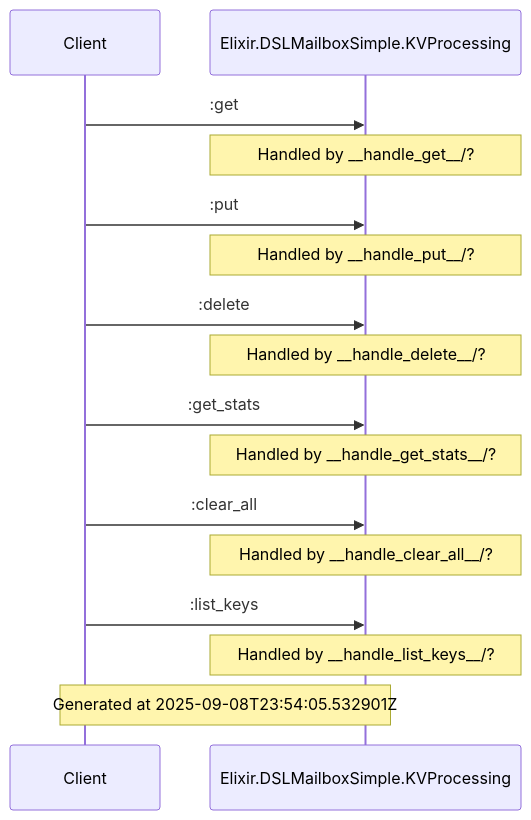
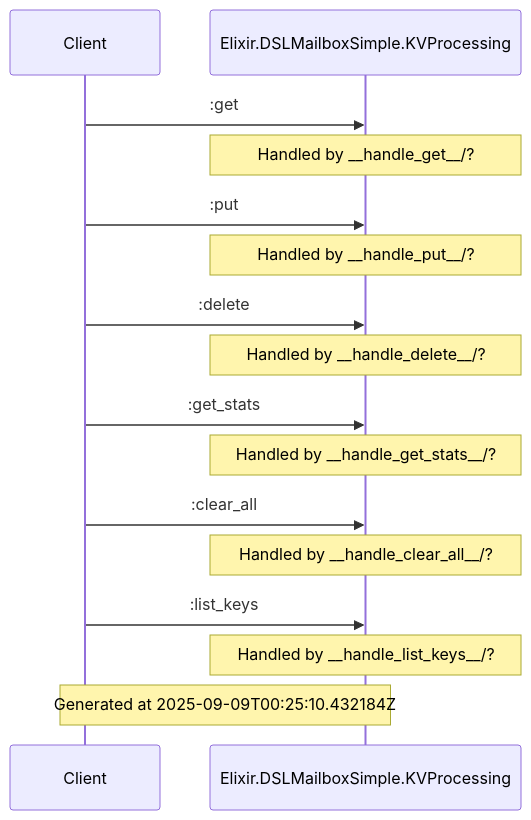
The diagram in docs/diagrams/Elixir.DSLMailboxSimple.KVProcessing.md (anoma/engine), drawn with Mermaid before and after one commit. The commit also changed other lines of this file and 27 other files, not shown here.

````diff
--- a/docs/diagrams/Elixir.DSLMailboxSimple.KVProcessing.md
+++ b/docs/diagrams/Elixir.DSLMailboxSimple.KVProcessing.md
@@ -5,20 +5,20 @@
 ```mermaid
 sequenceDiagram
     participant Client
     participant Elixir.Examples.DSLMailboxSimple.KVProcessingEngine as Elixir.DSLMailboxSimple.KVProcessing
     Client->>Elixir.Examples.DSLMailboxSimple.KVProcessingEngine: :get
     Note over Elixir.Examples.DSLMailboxSimple.KVProcessingEngine: Handled by __handle_get__/?
     Client->>Elixir.Examples.DSLMailboxSimple.KVProcessingEngine: :put
     Note over Elixir.Examples.DSLMailboxSimple.KVProcessingEngine: Handled by __handle_put__/?
     Client->>Elixir.Examples.DSLMailboxSimple.KVProcessingEngine: :delete
     Note over Elixir.Examples.DSLMailboxSimple.KVProcessingEngine: Handled by __handle_delete__/?
     Client->>Elixir.Examples.DSLMailboxSimple.KVProcessingEngine: :get_stats
     Note over Elixir.Examples.DSLMailboxSimple.KVProcessingEngine: Handled by __handle_get_stats__/?
     Client->>Elixir.Examples.DSLMailboxSimple.KVProcessingEngine: :clear_all
     Note over Elixir.Examples.DSLMailboxSimple.KVProcessingEngine: Handled by __handle_clear_all__/?
     Client->>Elixir.Examples.DSLMailboxSimple.KVProcessingEngine: :list_keys
     Note over Elixir.Examples.DSLMailboxSimple.KVProcessingEngine: Handled by __handle_list_keys__/?
 
-Note over Client, Elixir.Examples.DSLMailboxSimple.KVProcessingEngine: Generated at 2025-09-08T23:54:05.532901Z
+Note over Client, Elixir.Examples.DSLMailboxSimple.KVProcessingEngine: Generated at 2025-09-09T00:25:10.432184Z
 
 ```
````
